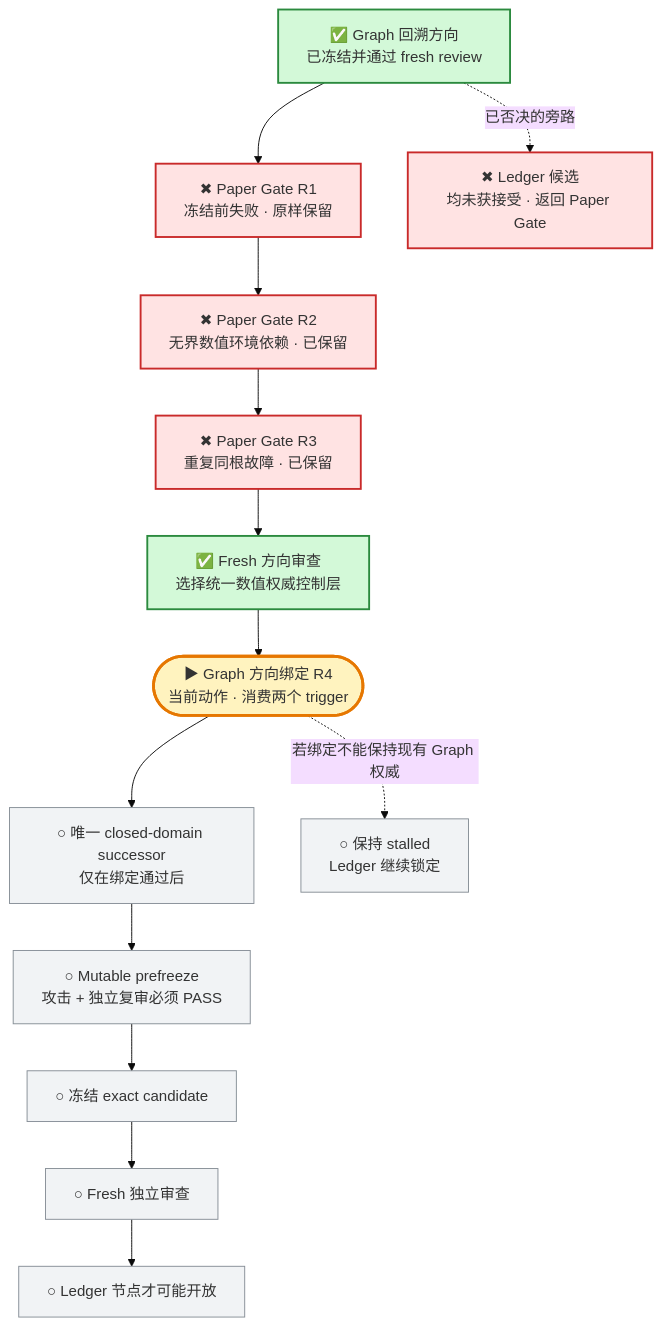
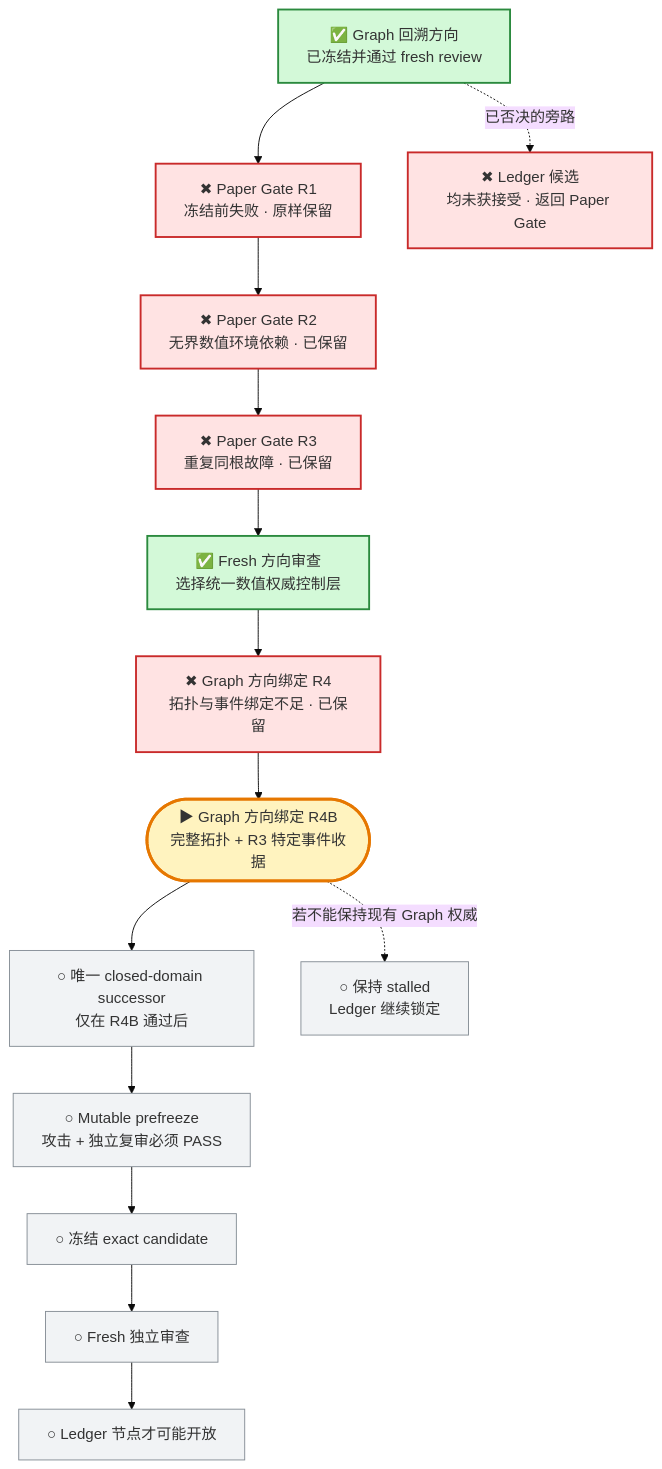
The first of 2 diagrams in MyBrain/automation/reports/investment-discipline-system/CURRENT_PROGRESS.md (j-a-v-e-n/knowledge-vault), drawn with Mermaid (base theme) before and after one commit. The commit also changed other lines of this file, not shown here.

Commit message:
vault backup: 2026-07-30 05:49:24

````diff
--- a/MyBrain/automation/reports/investment-discipline-system/CURRENT_PROGRESS.md
+++ b/MyBrain/automation/reports/investment-discipline-system/CURRENT_PROGRESS.md
@@ -7,26 +7,27 @@
 ```mermaid
 flowchart TB
     G["✅ Graph 回溯方向<br/>已冻结并通过 fresh review"] --> R1["✖ Paper Gate R1<br/>冻结前失败 · 原样保留"]
     R1 --> R2["✖ Paper Gate R2<br/>无界数值环境依赖 · 已保留"]
     R2 --> R3["✖ Paper Gate R3<br/>重复同根故障 · 已保留"]
     R3 --> D["✅ Fresh 方向审查<br/>选择统一数值权威控制层"]
-    D --> Q(["▶ Graph 方向绑定 R4<br/>当前动作 · 消费两个 trigger"])
-    Q --> S["○ 唯一 closed-domain successor<br/>仅在绑定通过后"]
-    Q -. "若绑定不能保持现有 Graph 权威" .-> H["○ 保持 stalled<br/>Ledger 继续锁定"]
+    D --> Q["✖ Graph 方向绑定 R4<br/>拓扑与事件绑定不足 · 已保留"]
+    Q --> B(["▶ Graph 方向绑定 R4B<br/>完整拓扑 + R3 特定事件收据"])
+    B --> S["○ 唯一 closed-domain successor<br/>仅在 R4B 通过后"]
+    B -. "若不能保持现有 Graph 权威" .-> H["○ 保持 stalled<br/>Ledger 继续锁定"]
     S --> P["○ Mutable prefreeze<br/>攻击 + 独立复审必须 PASS"]
     P --> F["○ 冻结 exact candidate"]
     F --> V["○ Fresh 独立审查"]
     V --> L["○ Ledger 节点才可能开放"]
 
     G -. "已否决的旁路" .-> X["✖ Ledger 候选<br/>均未获接受 · 返回 Paper Gate"]
 
     classDef done fill:#d3f9d8,stroke:#2b8a3e,stroke-width:2px;
     classDef current fill:#fff3bf,stroke:#e67700,stroke-width:3px;
     classDef failed fill:#ffe3e3,stroke:#c92a2a,stroke-width:2px;
     classDef pending fill:#f1f3f5,stroke:#868e96;
     class G done;
     class D done;
-    class Q current;
-    class R1,R2,R3,X failed;
+    class B current;
+    class R1,R2,R3,Q,X failed;
     class S,H,P,F,V,L pending;
 ```
````
